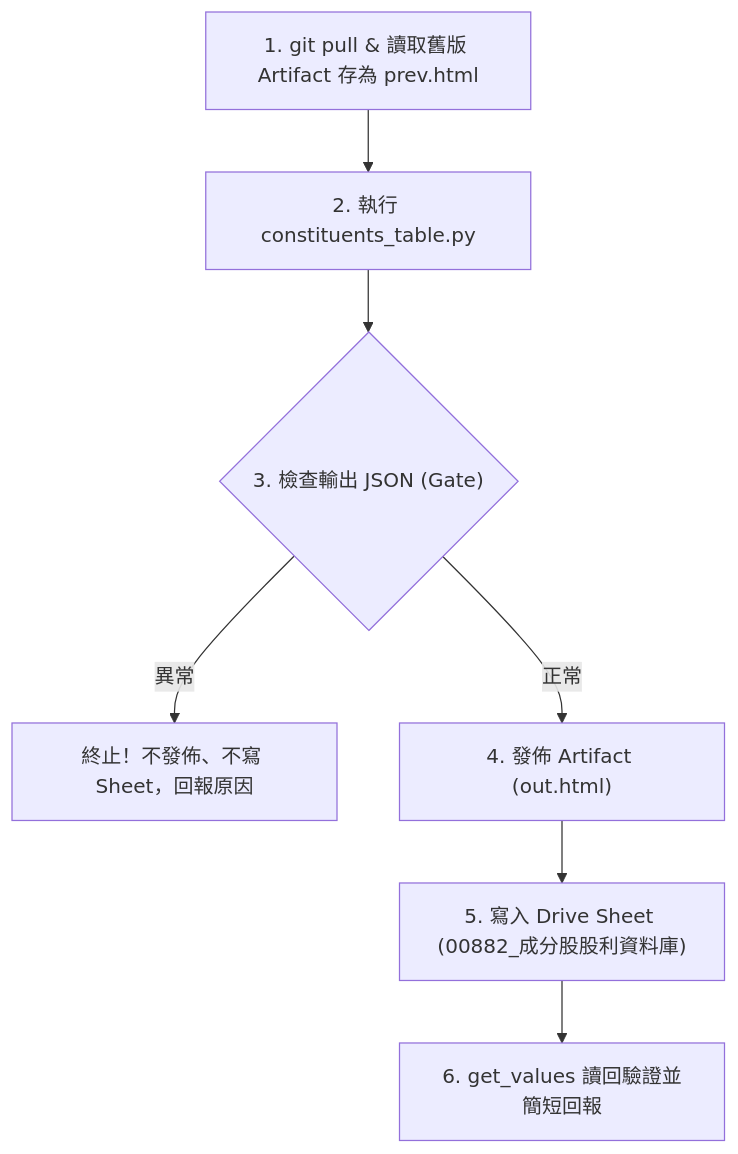
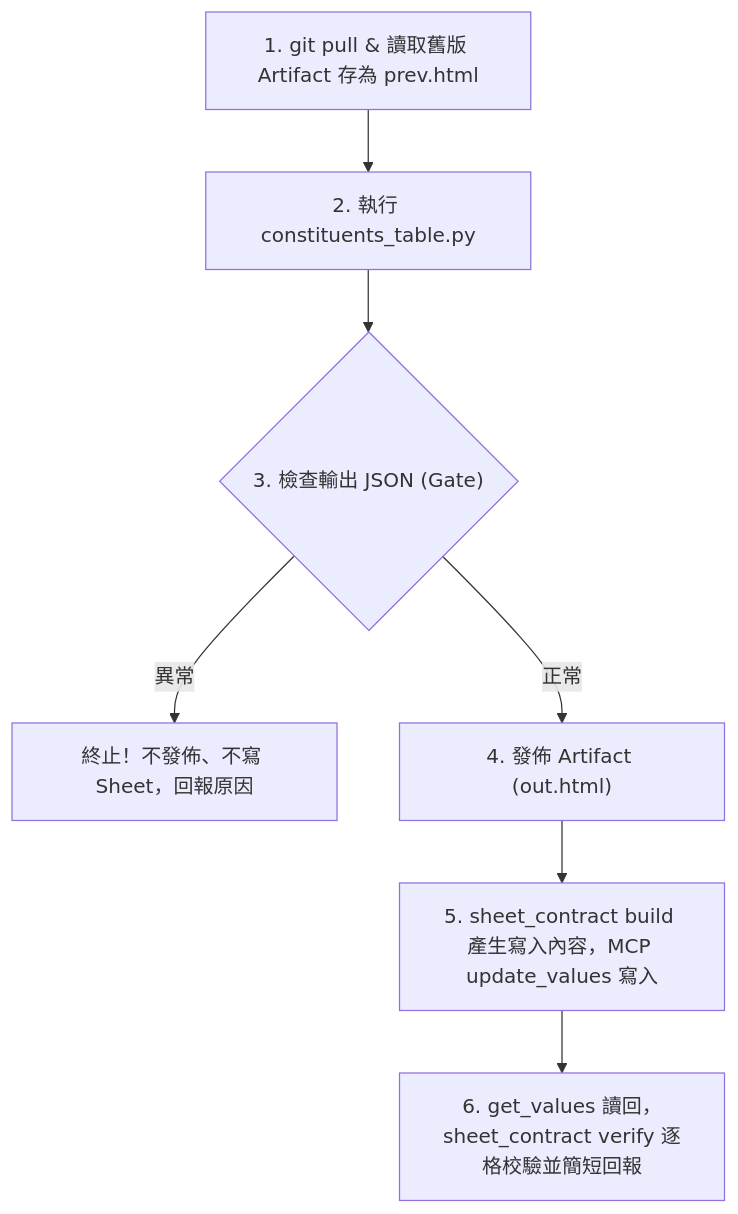
Before and after one commit to HachiTsai/Investment_Tracker: the diagram in .claude/workflows/hk-00882-dividend.md, drawn with Mermaid. The commit also changed other lines of this file and 4 other files, not shown here.

````diff
--- a/.claude/workflows/hk-00882-dividend.md
+++ b/.claude/workflows/hk-00882-dividend.md
@@ -33,9 +33,9 @@
 ```mermaid
 flowchart TD
     A["1. git pull & 讀取舊版 Artifact 存為 prev.html"] --> B["2. 執行 constituents_table.py"]
     B --> C{"3. 檢查輸出 JSON (Gate)"}
     C -->|異常| D["終止！不發佈、不寫 Sheet，回報原因"]
     C -->|正常| E["4. 發佈 Artifact (out.html)"]
-    E --> F["5. 寫入 Drive Sheet (00882_成分股股利資料庫)"]
-    F --> G["6. get_values 讀回驗證並簡短回報"]
+    E --> F["5. sheet_contract build 產生寫入內容，MCP update_values 寫入"]
+    F --> G["6. get_values 讀回，sheet_contract verify 逐格校驗並簡短回報"]
 ```
````
